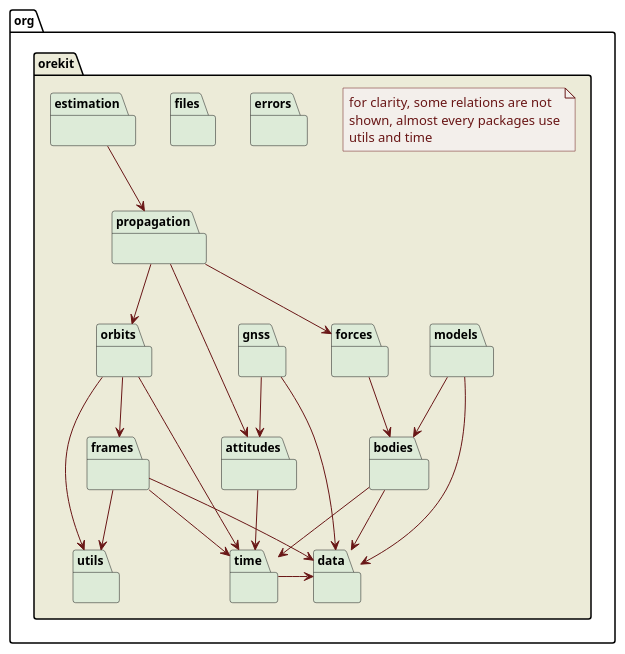
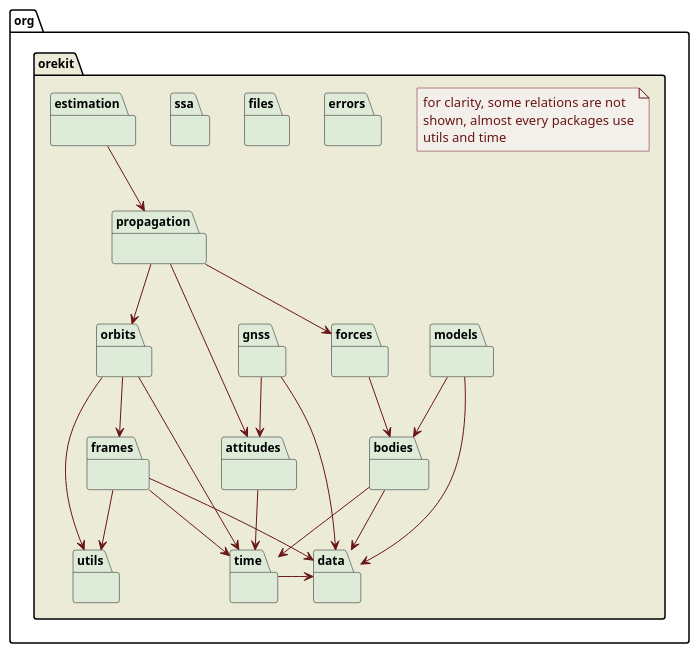
Before and after one commit to CS-SI/Orekit: the diagram in src/design/top-packages.puml, drawn with PlantUML.

Commit message:
Added missing ssa package to top level orekit packages.

```diff
--- a/src/design/top-packages.puml
+++ b/src/design/top-packages.puml
@@ -17,72 +17,74 @@
 @startuml
 
   skinparam svek                  true
   skinparam ClassBackgroundColor  #F3EFEB/CCC9C5
   skinparam ClassArrowColor       #691616
   skinparam ClassBorderColor      #691616
   skinparam NoteBackgroundColor   #F3EFEB
   skinparam NoteBorderColor       #691616
   skinparam NoteFontColor         #691616
   skinparam ClassFontSize         11
   skinparam PackageFontSize       12
 
   package org.orekit #ECEBD8 {
 
     package attitudes #DDEBD8 {
     }
     package bodies #DDEBD8 {
     }
     package data #DDEBD8 {
     }
     package errors #DDEBD8 {
     }
     package files #DDEBD8 {
     }
     package forces #DDEBD8 {
     }
     package frames #DDEBD8 {
     }
     package gnss #DDEBD8 {
     }
     package orbits #DDEBD8 {
     }
     package propagation #DDEBD8 {
+    }
+    package ssa #DDEBD8 {
     }
     package estimation #DDEBD8 {
     }
     package time #DDEBD8 {
     }
     package utils #DDEBD8 {
     }
     package models #DDEBD8 {
     }
 
     estimation  -->      propagation
     propagation -->      attitudes
     propagation -->      forces
     forces      -->      bodies
     propagation -->      orbits
     orbits      -->      frames
     attitudes   -->      time
     orbits      -->      time
     frames      -->      time
     bodies      -->      time
     bodies      -->      data
     models      -->      bodies
     models      -->      data
     gnss        -->      attitudes
     gnss        -->      data
     frames      -->      data
     time        -right-> data
     frames      -->      utils
     orbits      -->      utils
 
     note as N1
       for clarity, some relations are not
       shown, almost every packages use
       utils and time
     end note
 
   }
 
 @enduml
```
